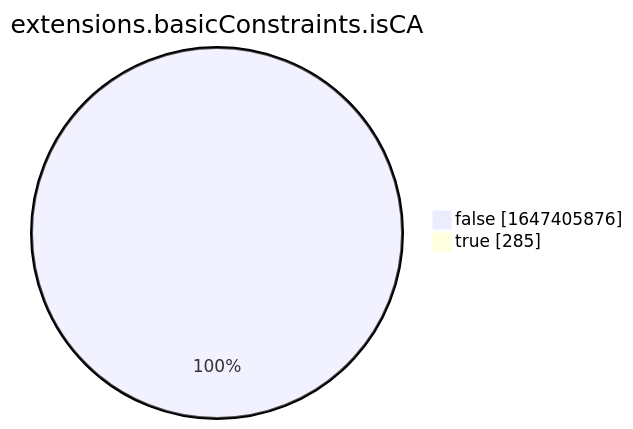
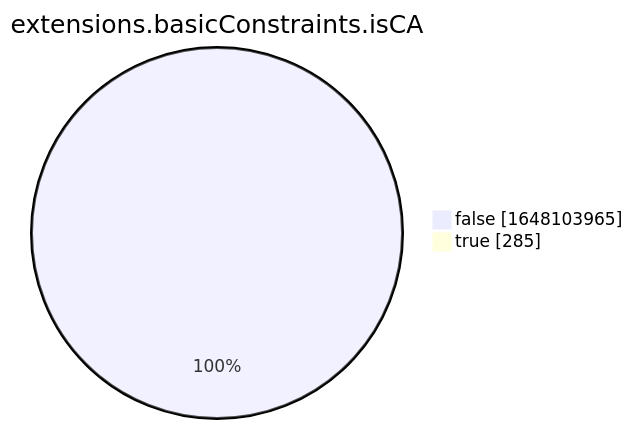
Before and after one commit to christiankrug/ctmonitor_visualization: the eighth of 15 diagrams in xenon2022/README.md, drawn with Mermaid. The commit also changed other lines of this file, not shown here.

````diff
--- a/xenon2022/README.md
+++ b/xenon2022/README.md
@@ -2863,6 +2863,6 @@
 ```mermaid
 pie showData
 title extensions.basicConstraints.isCA
-"false" :1647405876
+"false" :1648103965
 "true" :285
 ```
````
